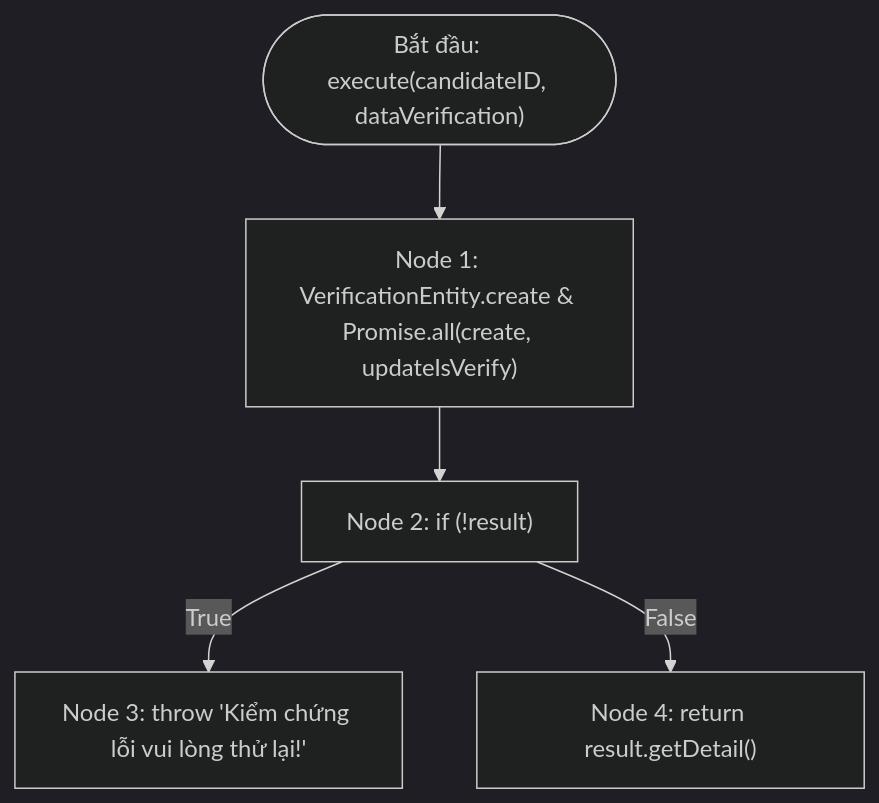
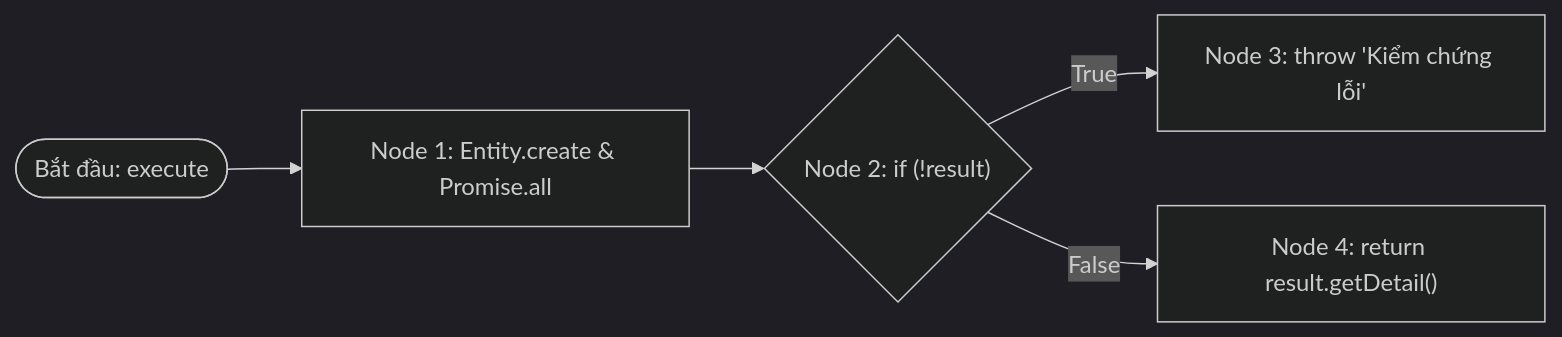
The first of 2 diagrams in hop-trang/KiemThuHopTrang_UC08_VerifyCandidate.md (pvduy23052005/cse462-testing), drawn with Mermaid (dark theme) before and after one commit. The commit also changed other lines of this file and 6 other files, not shown here.

````diff
--- a/hop-trang/KiemThuHopTrang_UC08_VerifyCandidate.md
+++ b/hop-trang/KiemThuHopTrang_UC08_VerifyCandidate.md
@@ -64,9 +64,9 @@
 ```mermaid
-flowchart TD
-    Start(["Bắt đầu: execute(candidateID, dataVerification)"]) --> N1["Node 1: VerificationEntity.create & Promise.all(create, updateIsVerify)"]
+flowchart LR
+    Start(["Bắt đầu: execute"]) --> N1["Node 1: Entity.create & Promise.all"]
 
-    N1 --> N2["Node 2: if (!result)"]
+    N1 --> N2{"Node 2: if (!result)"}
 
-    N2 -- True --> N3["Node 3: throw 'Kiểm chứng lỗi vui lòng thử lại!'"]
-    N2 -- False --> N4["Node 4: return result.getDetail()"]
+    N2 -- "True" --> N3["Node 3: throw 'Kiểm chứng lỗi'"]
+    N2 -- "False" --> N4["Node 4: return result.getDetail()"]
 ```
````
